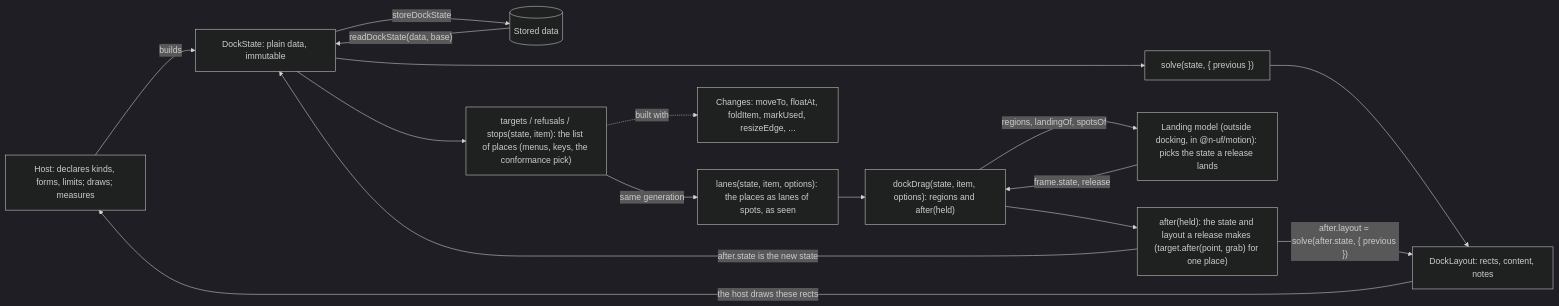
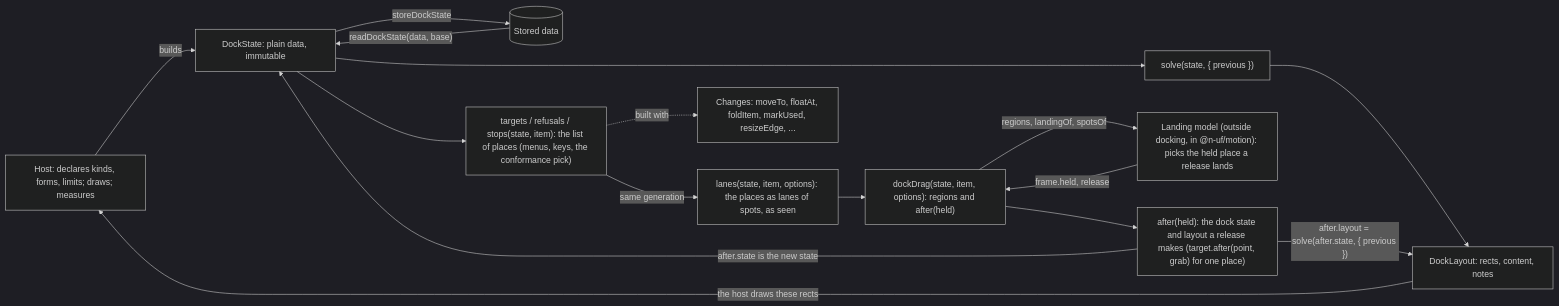
Before and after one commit to n-uf/motion: the diagram in docs/docking.md, drawn with Mermaid (dark theme). The commit also changed other lines of this file and 11 other files, not shown here.

Commit message:
docs: a held place is held, state is the dock state; changelog fragments for the rename

````diff
--- a/docs/docking.md
+++ b/docs/docking.md
@@ -64,29 +64,29 @@
 ```mermaid
 flowchart LR
   host["Host: declares kinds, forms, limits; draws; measures"]
   stored[("Stored data")]
   state["DockState: plain data, immutable"]
   solve["solve(state, { previous })"]
   layout["DockLayout: rects, content, notes"]
   tg["targets / refusals / stops(state, item): the list of places (menus, keys, the conformance pick)"]
   ln["lanes(state, item, options): the places as lanes of spots, as seen"]
   drag["dockDrag(state, item, options): regions and after(held)"]
-  model["Landing model (outside docking, in @n-uf/motion): picks the state a release lands"]
-  after["after(held): the state and layout a release makes (target.after(point, grab) for one place)"]
+  model["Landing model (outside docking, in @n-uf/motion): picks the held place a release lands"]
+  after["after(held): the dock state and layout a release makes (target.after(point, grab) for one place)"]
   chg["Changes: moveTo, floatAt, foldItem, markUsed, resizeEdge, ..."]
 
   host -- "builds" --> state
   stored -- "readDockState(data, base)" --> state
   state -- "storeDockState" --> stored
   state --> solve --> layout
   layout -- "the host draws these rects" --> host
   state --> tg
   tg -- "same generation" --> ln
   ln --> drag
   drag -- "regions, landingOf, spotsOf" --> model
-  model -- "frame.state, release" --> drag
+  model -- "frame.held, release" --> drag
   drag --> after
   tg -. "built with" .-> chg
   after -- "after.state is the new state" --> state
   after -- "after.layout = solve(after.state, { previous })" --> layout
 ```
````
